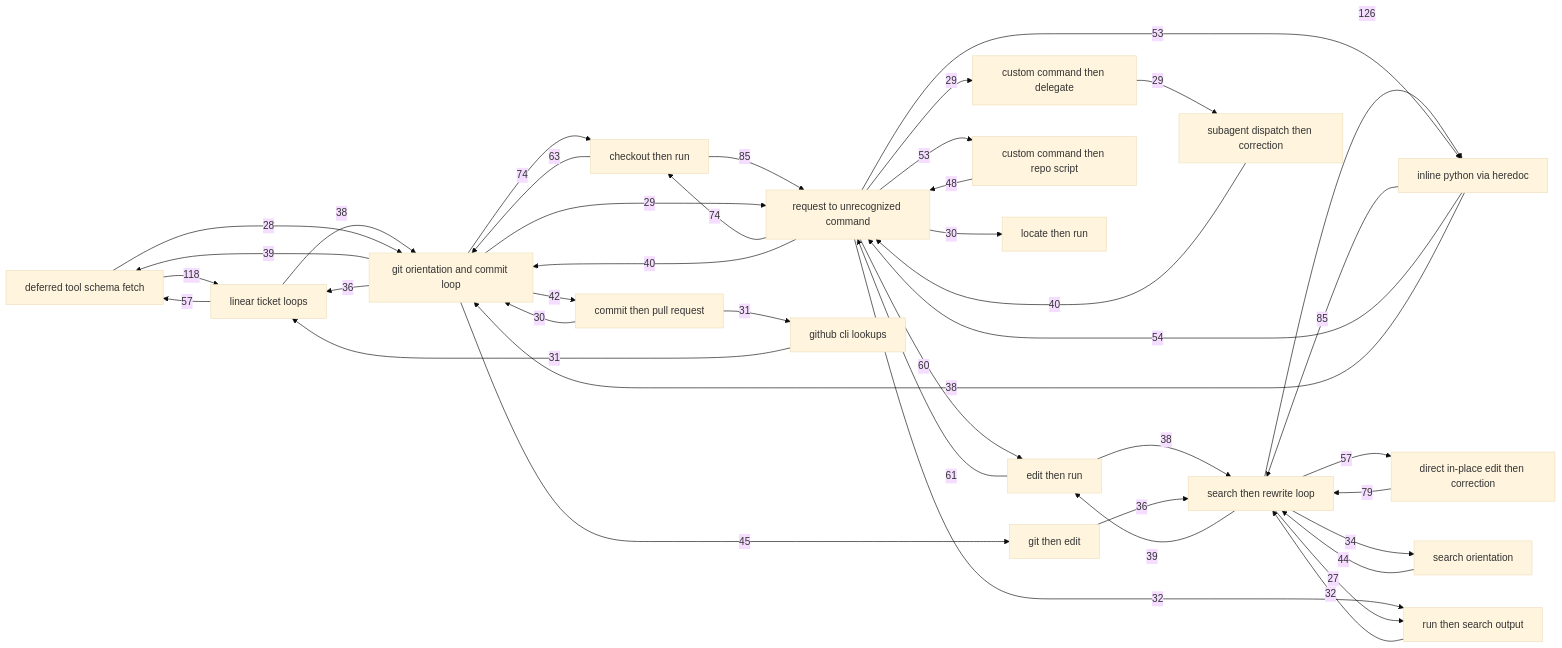
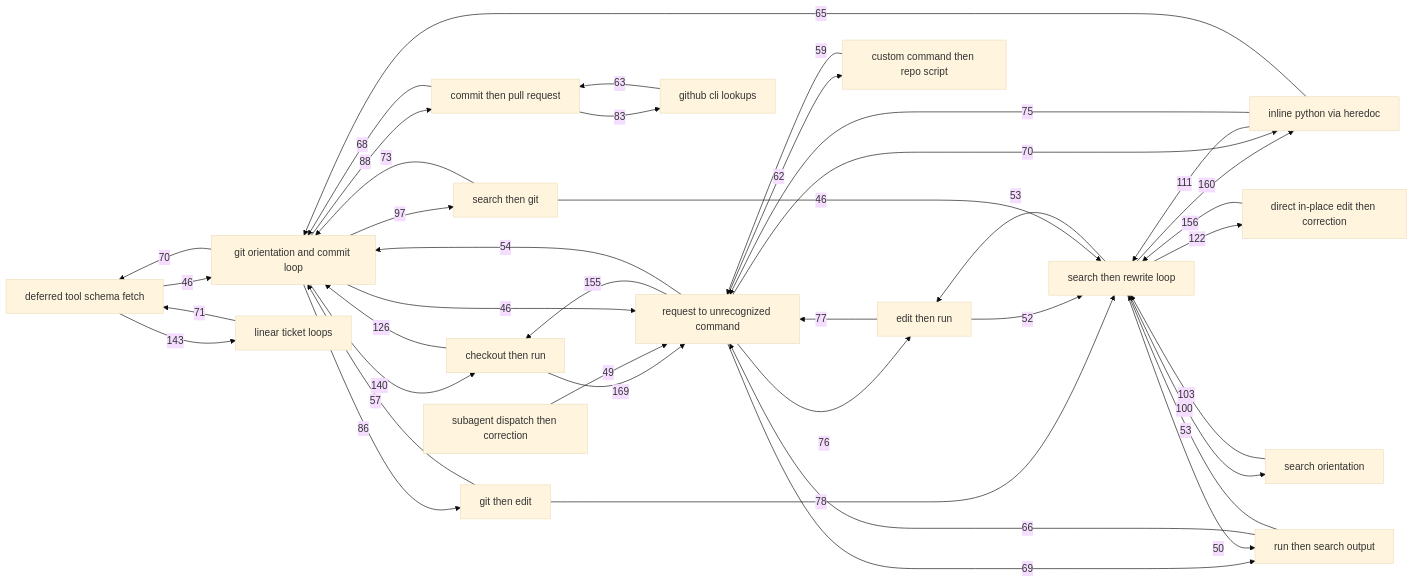
The diagram in candidates.md (aidanff/comb), drawn with Mermaid (base theme) before and after one commit. The commit also changed other lines of this file and 2 other files, not shown here.

Commit message:
comb: scheduled run 2026-10-30 (11 new nodes, 3 waiting)

````diff
--- a/candidates.md
+++ b/candidates.md
@@ -269,61 +361,60 @@
 ```mermaid
 graph LR
   N001["deferred tool schema fetch"]
   N002["request to unrecognized command"]
   N003["git orientation and commit loop"]
   N004["linear ticket loops"]
   N006["inline python via heredoc"]
   N007["search then rewrite loop"]
   N009["checkout then run"]
   N010["direct in-place edit then correction"]
   N011["subagent dispatch then correction"]
   N012["search orientation"]
   N014["edit then run"]
   N015["github cli lookups"]
   N016["run then search output"]
   N017["git then edit"]
   N019["commit then pull request"]
   N020["custom command then repo script"]
-  N022["locate then run"]
-  N029["custom command then delegate"]
-  N007 -->|126| N006
-  N001 -->|118| N004
-  N006 -->|85| N007
-  N009 -->|85| N002
-  N010 -->|79| N007
-  N002 -->|74| N009
-  N003 -->|74| N009
-  N009 -->|63| N003
-  N014 -->|61| N002
-  N002 -->|60| N014
-  N004 -->|57| N001
-  N007 -->|57| N010
-  N006 -->|54| N002
-  N002 -->|53| N006
-  N002 -->|53| N020
-  N020 -->|48| N002
-  N003 -->|45| N017
-  N012 -->|44| N007
-  N003 -->|42| N019
-  N002 -->|40| N003
-  N011 -->|40| N002
-  N003 -->|39| N001
-  N007 -->|39| N014
-  N004 -->|38| N003
-  N006 -->|38| N003
-  N014 -->|38| N007
-  N003 -->|36| N004
-  N017 -->|36| N007
-  N007 -->|34| N012
-  N002 -->|32| N016
-  N016 -->|32| N007
-  N015 -->|31| N004
-  N019 -->|31| N015
-  N002 -->|30| N022
-  N019 -->|30| N003
-  N002 -->|29| N029
-  N003 -->|29| N002
-  N029 -->|29| N011
-  N001 -->|28| N003
-  N007 -->|27| N016
+  N028["search then git"]
+  N009 -->|169| N002
+  N007 -->|160| N006
+  N010 -->|156| N007
+  N002 -->|155| N009
+  N001 -->|143| N004
+  N003 -->|140| N009
+  N009 -->|126| N003
+  N007 -->|122| N010
+  N006 -->|111| N007
+  N012 -->|103| N007
+  N007 -->|100| N012
+  N003 -->|97| N028
+  N003 -->|88| N019
+  N003 -->|86| N017
+  N019 -->|83| N015
+  N017 -->|78| N007
+  N014 -->|77| N002
+  N002 -->|76| N014
+  N006 -->|75| N002
+  N028 -->|73| N003
+  N004 -->|71| N001
+  N002 -->|70| N006
+  N003 -->|70| N001
+  N002 -->|69| N016
+  N019 -->|68| N003
+  N016 -->|66| N002
+  N006 -->|65| N003
+  N015 -->|63| N019
+  N002 -->|62| N020
+  N020 -->|59| N002
+  N017 -->|57| N003
+  N002 -->|54| N003
+  N007 -->|53| N014
+  N016 -->|53| N007
+  N014 -->|52| N007
+  N007 -->|50| N016
+  N011 -->|49| N002
+  N001 -->|46| N003
+  N003 -->|46| N002
+  N028 -->|46| N007
 ```
````
